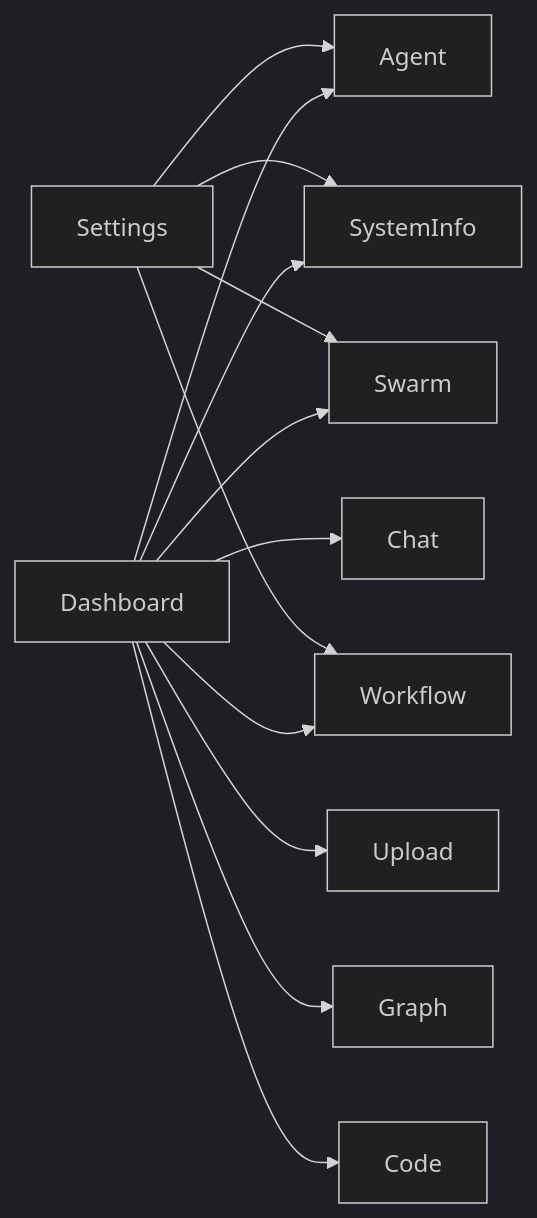
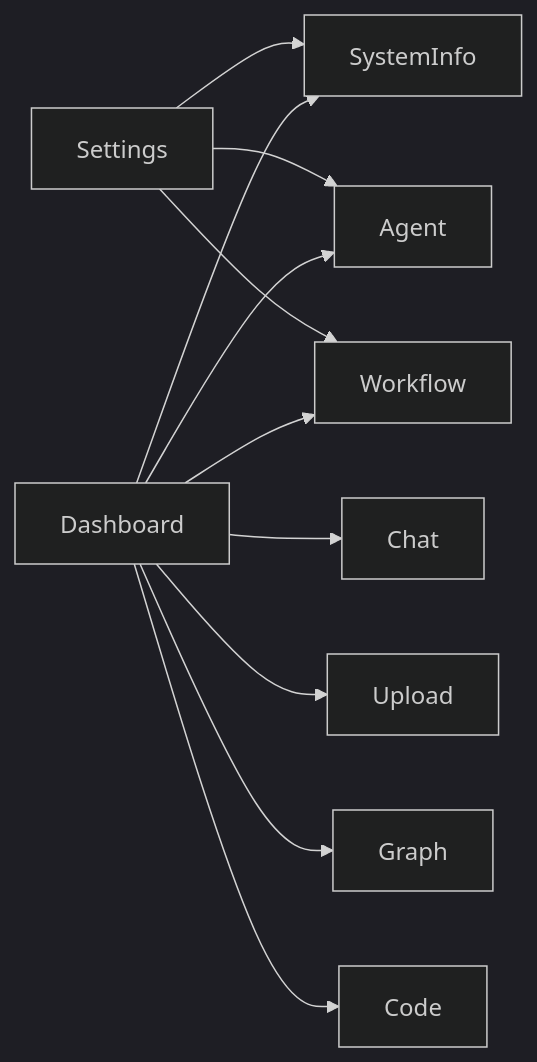
The second of 2 diagrams in docs/features.md (Guebbit/manna-frontend), drawn with Mermaid (dark theme) before and after one commit. The commit also changed other lines of this file and 25 other files, not shown here.

````diff
--- a/docs/features.md
+++ b/docs/features.md
@@ -103,15 +95,13 @@
 ```mermaid
 flowchart LR
     Dashboard --> SystemInfo
     Dashboard --> Chat
     Dashboard --> Agent
-    Dashboard --> Swarm
     Dashboard --> Workflow
     Dashboard --> Upload
     Dashboard --> Graph
     Dashboard --> Code
     Settings --> Agent
-    Settings --> Swarm
     Settings --> Workflow
     Settings --> SystemInfo
 ```
````
